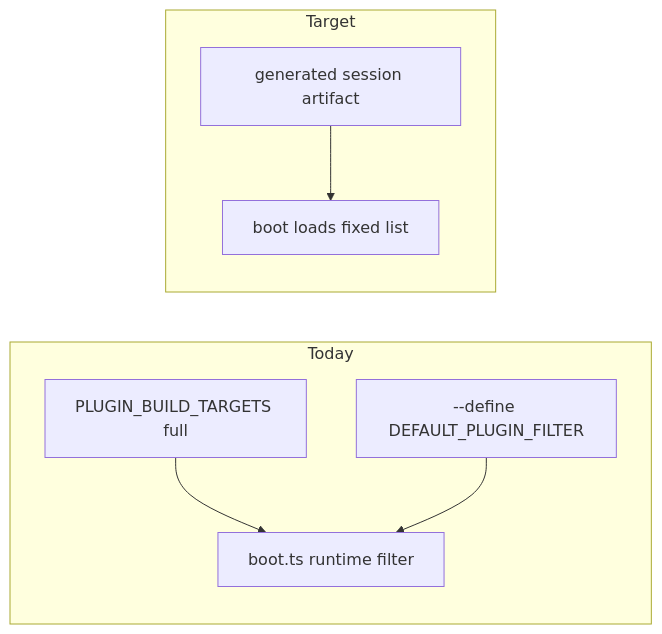
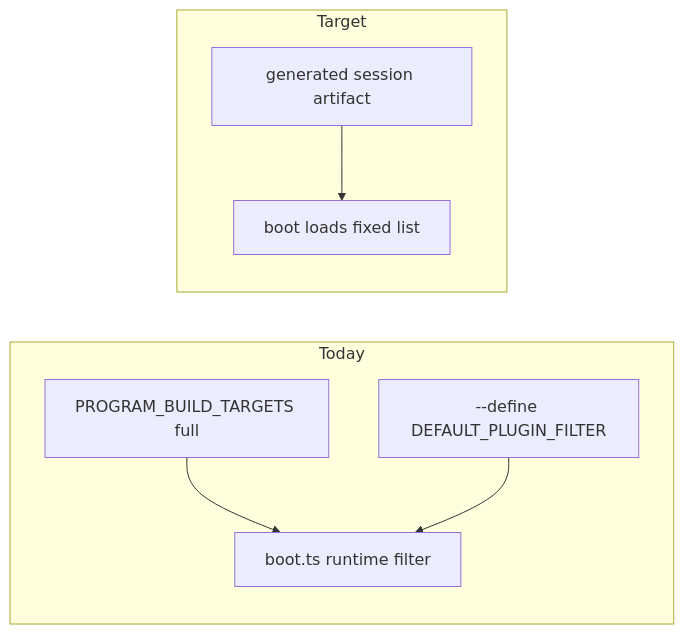
Before and after one commit to usalu/semio: the diagram in .cursor/plans/decouple_plugin_boot_c12e4997.plan.md, drawn with Mermaid. The commit also changed other lines of this file and 1361 other files, not shown here.

````diff
--- a/.cursor/plans/decouple_plugin_boot_c12e4997.plan.md
+++ b/.cursor/plans/decouple_plugin_boot_c12e4997.plan.md
@@ -43,15 +43,15 @@
 ```mermaid
 flowchart LR
   subgraph today [Today]
-    FullCatalog[PLUGIN_BUILD_TARGETS full]
+    FullCatalog[PROGRAM_BUILD_TARGETS full]
     Boot[boot.ts runtime filter]
     Define["--define DEFAULT_PLUGIN_FILTER"]
     FullCatalog --> Boot
     Define --> Boot
   end
   subgraph target [Target]
     Session[generated session artifact]
     Boot2[boot loads fixed list]
     Session --> Boot2
   end
 ```
````
